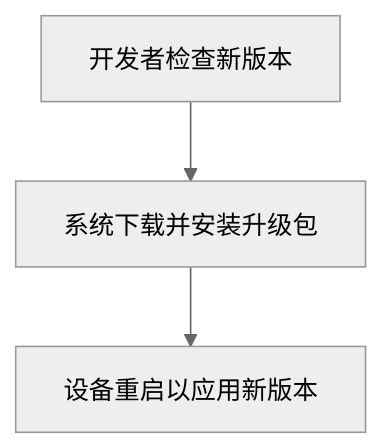
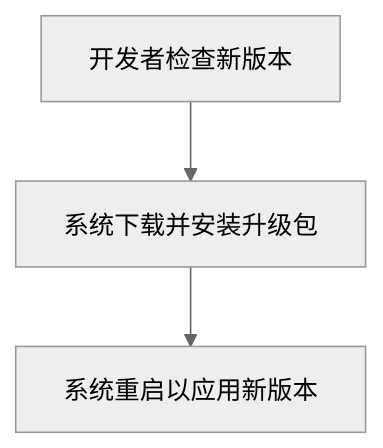
One commit to openharmony-rs/openharmony-docs changed the second of 6 diagrams in zh-cn/application-dev/reference/apis-basic-services-kit/js-apis-update-sys.md. Above: the diagram before and after it, drawn with Mermaid (neutral theme). The commit also changed other lines of this file, not shown here.

````diff
--- a/zh-cn/application-dev/reference/apis-basic-services-kit/js-apis-update-sys.md
+++ b/zh-cn/application-dev/reference/apis-basic-services-kit/js-apis-update-sys.md
@@ -38,5 +40,5 @@
 ```mermaid
 graph TD
     A[开发者检查新版本] --> B[系统下载并安装升级包]
-    B --> C[设备重启以应用新版本]
+    B --> C[系统重启以应用新版本]
 ```
````
